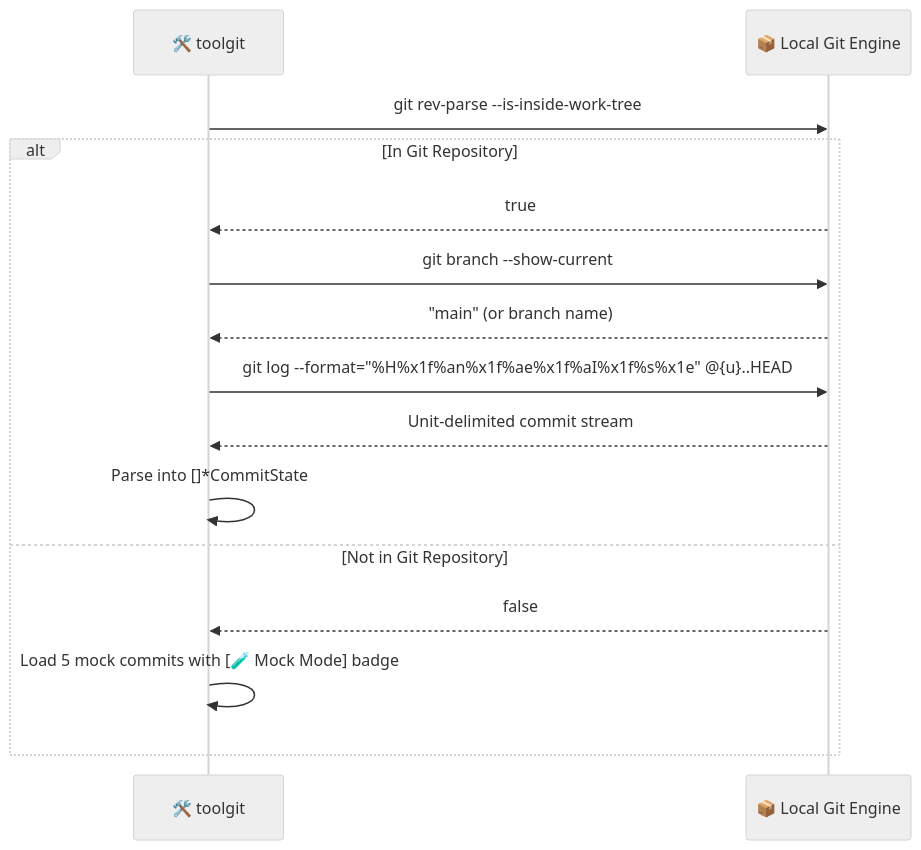
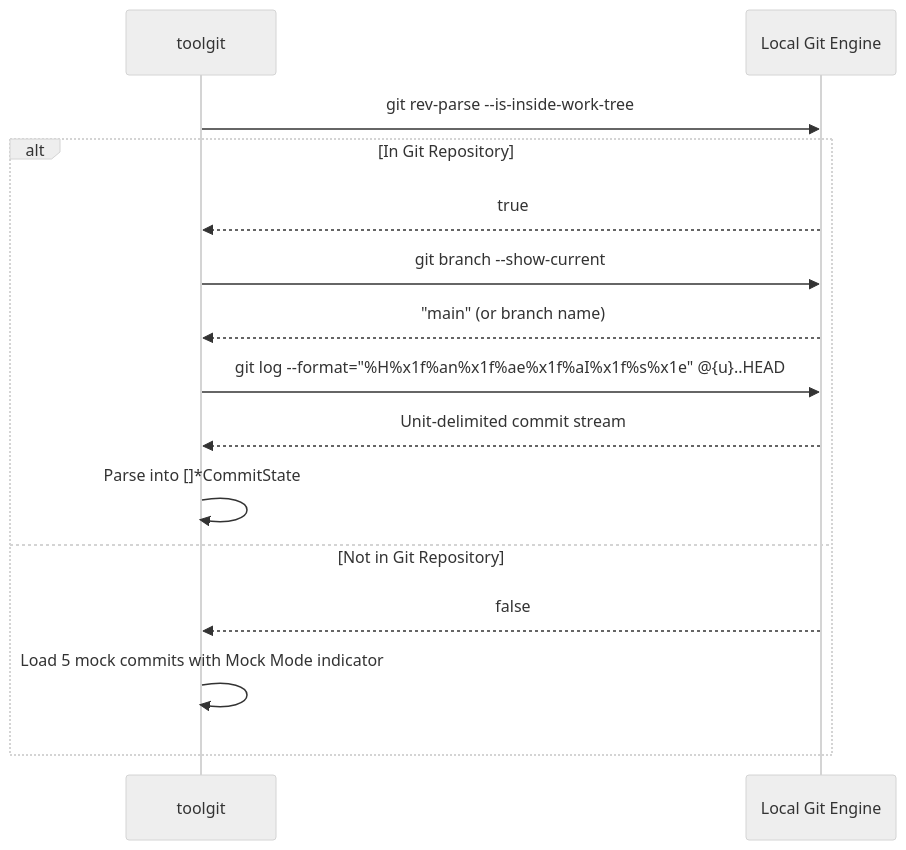
The second of 5 diagrams in docs/HOW_IT_WORKS.md (abhaysinh8/toolgit), drawn with Mermaid (neutral theme) before and after one commit. The commit also changed other lines of this file and 1 other file, not shown here.

Commit message:
docs: streamline README and architecture guide to professional open-source standard

````diff
--- a/docs/HOW_IT_WORKS.md
+++ b/docs/HOW_IT_WORKS.md
@@ -43,18 +44,18 @@
 ```mermaid
 sequenceDiagram
-    participant CLI as 🛠️ toolgit
-    participant Git as 📦 Local Git Engine
+    participant CLI as toolgit
+    participant Git as Local Git Engine
 
     CLI->>Git: git rev-parse --is-inside-work-tree
     alt In Git Repository
         Git-->>CLI: true
         CLI->>Git: git branch --show-current
         Git-->>CLI: "main" (or branch name)
         CLI->>Git: git log --format="%H%x1f%an%x1f%ae%x1f%aI%x1f%s%x1e" @{u}..HEAD
         Git-->>CLI: Unit-delimited commit stream
         CLI->>CLI: Parse into []*CommitState
     else Not in Git Repository
         Git-->>CLI: false
-        CLI->>CLI: Load 5 mock commits with [🧪 Mock Mode] badge
+        CLI->>CLI: Load 5 mock commits with Mock Mode indicator
     end
 ```
````
